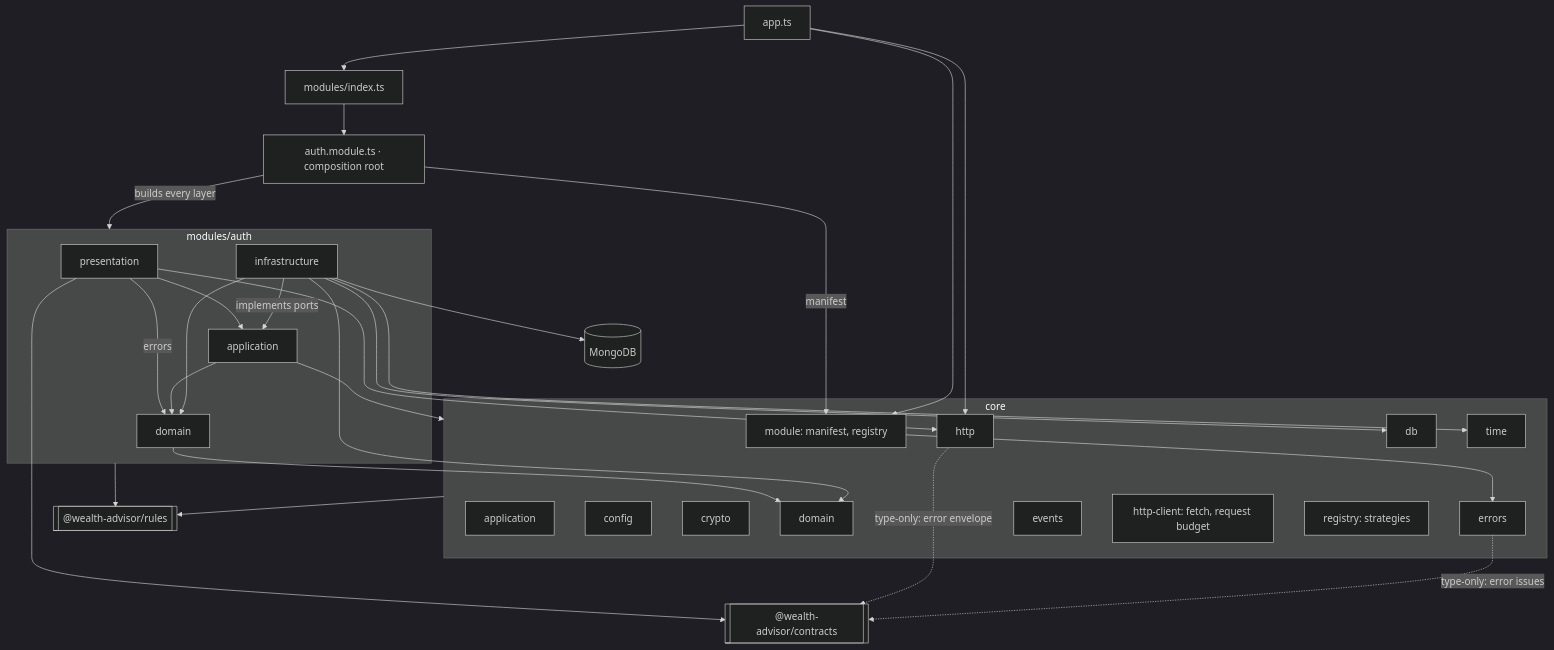
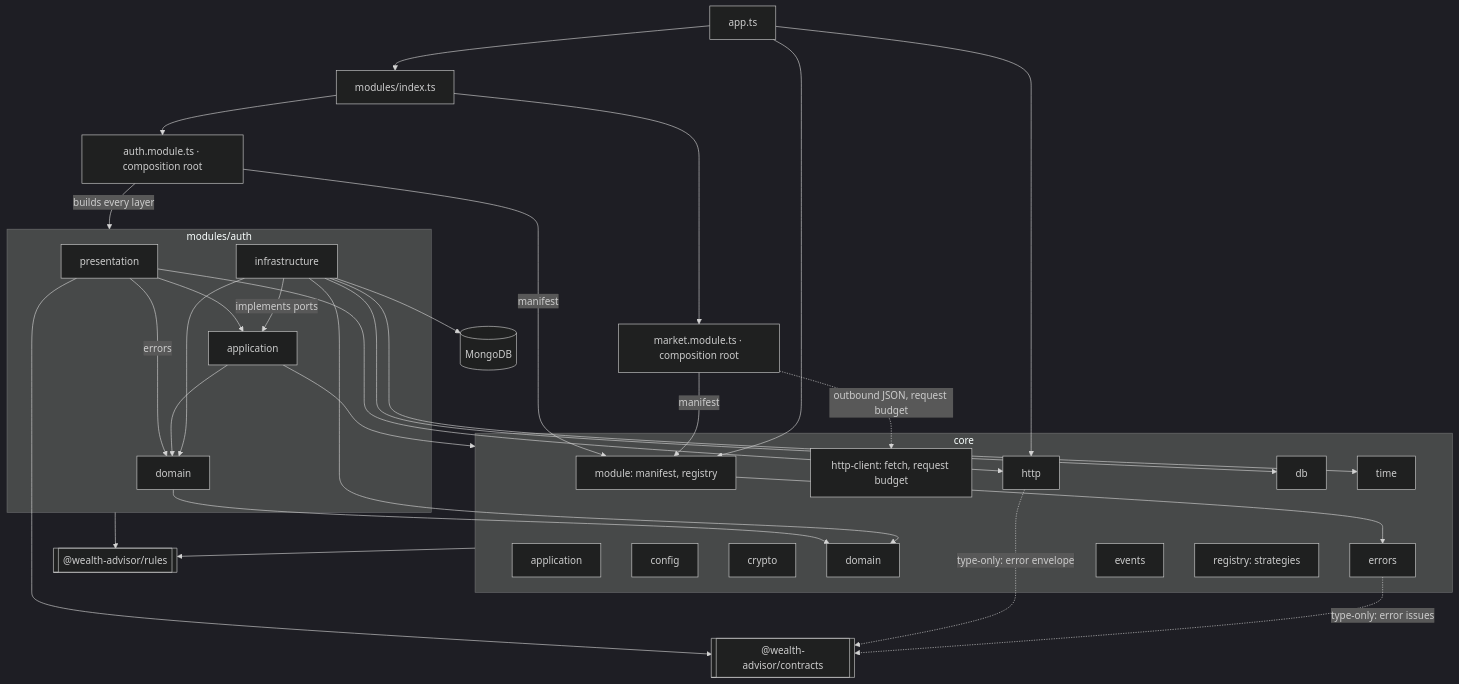
The diagram in docs/architecture/c3-backend.md (Nikhil-Mundhra/Wealth-Advisor), drawn with Mermaid (dark theme) before and after one commit. The commit also changed other lines of this file and 7 other files, not shown here.

````diff
--- a/docs/architecture/c3-backend.md
+++ b/docs/architecture/c3-backend.md
@@ -4,43 +4,46 @@
 ```mermaid
 flowchart TB
   app[app.ts] --> modidx[modules/index.ts]
   modidx --> authmod[auth.module.ts · composition root]
   authmod -->|builds every layer| auth
   authmod -->|manifest| module
+  modidx --> marketmod[market.module.ts · composition root]
+  marketmod -->|manifest| module
+  marketmod -.->|outbound JSON, request budget| httpclient
   app --> module
   app --> http
   subgraph auth[modules/auth]
     pres[presentation] --> appl[application]
     pres -->|errors| dom[domain]
     appl --> dom
     infra[infrastructure] -->|implements ports| appl
     infra --> dom
   end
   subgraph core[core]
     application
     config
     crypto
     domain
     errors
     events
     http
     httpclient[http-client: fetch, request budget]
     module[module: manifest, registry]
     coredb[db]
     registry[registry: strategies]
     time
   end
   pres --> http
   appl --> core
   dom --> domain
   infra --> coredb
   infra --> domain
   infra --> time
   module --> errors
   pres --> contracts[["@wealth-advisor/contracts"]]
   http -. "type-only: error envelope" .-> contracts
   errors -. "type-only: error issues" .-> contracts
   auth --> rules[["@wealth-advisor/rules"]]
   core --> rules
   infra --> db[(MongoDB)]
 ```
````
